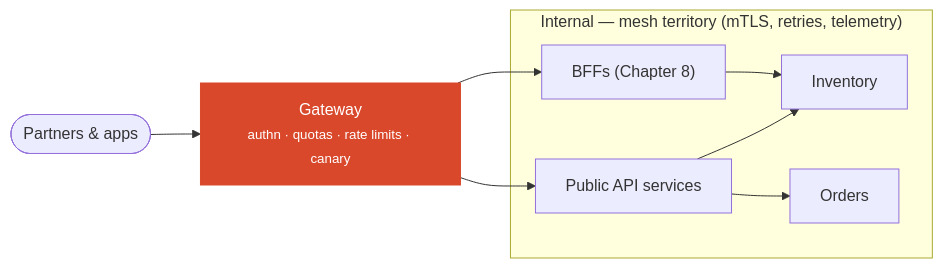
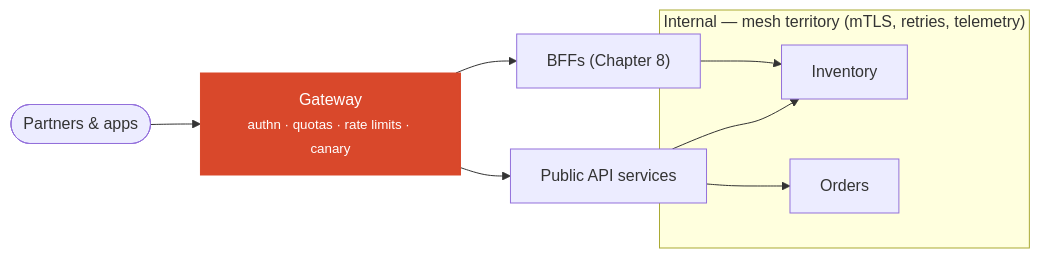
One commit to oleksiyp/arch-book changed diagram 15 of 23 in README.md. Above: the diagram before and after it, drawn with Mermaid. The commit also changed other lines of this file, not shown here.

```diff
--- a/README.md
+++ b/README.md
@@ -1346,12 +1401,14 @@
 <pre class="mermaid">
 flowchart LR
     p([Partners & apps]) --> gw["Gateway<br/><small>authn · quotas · rate limits · canary</small>"]
     gw --> bff["BFFs (Chapter 8)"]
     gw --> pub["Public API services"]
     subgraph internal["Internal — mesh territory (mTLS, retries, telemetry)"]
-        pub --> inv["Inventory"] & ord["Orders"]
-        bff --> inv
+        inv["Inventory"]
+        ord["Orders"]
     end
+    pub --> inv & ord
+    bff --> inv
     classDef hot fill:#d9482b,stroke:#d9482b,color:#fff
     class gw hot
 </pre>
```
